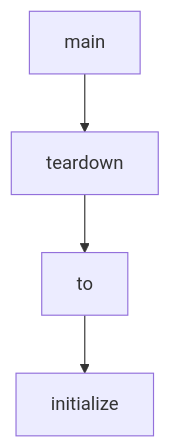
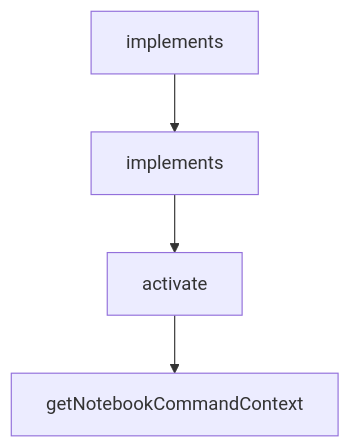
One commit to johnxie/awesome-code-docs changed the second of 2 diagrams in tutorials/cline-tutorial/06-mcp-and-custom-tools.md. Above: the diagram before and after it, drawn with Mermaid. The commit also changed other lines of this file and 1232 other files, not shown here.

````diff
--- a/tutorials/cline-tutorial/06-mcp-and-custom-tools.md
+++ b/tutorials/cline-tutorial/06-mcp-and-custom-tools.md
@@ -273,10 +272,10 @@
 ```mermaid
 flowchart TD
-    A[main]
-    B[teardown]
-    C[to]
-    D[initialize]
+    A[implements]
+    B[implements]
+    C[activate]
+    D[getNotebookCommandContext]
     A --> B
     B --> C
     C --> D
 ```
````
